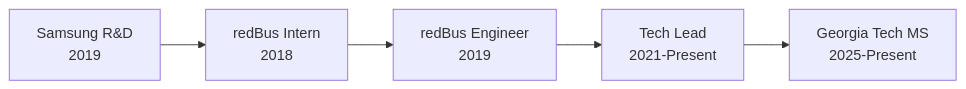
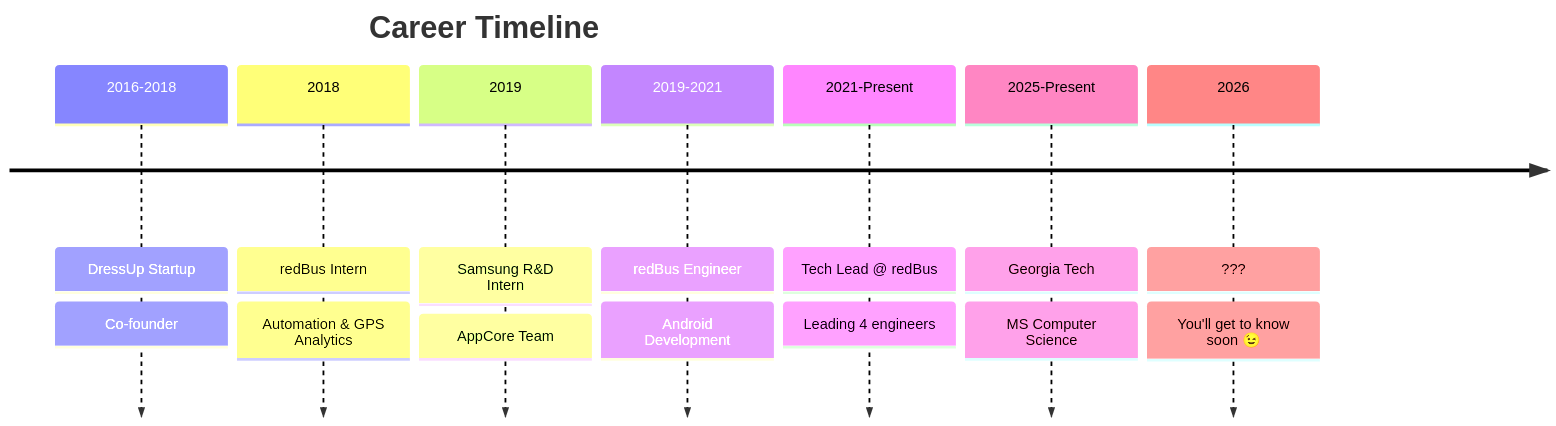
The diagram in README.md (ayush016/ayush016), drawn with Mermaid before and after one commit. The commit also changed other lines of this file, not shown here.

Commit message:
Fix timeline order, add DressUp startup, add 2026 mystery, fix GitHub stats images

````diff
--- a/README.md
+++ b/README.md
@@ -193,7 +193,18 @@
 ```mermaid
-graph LR
-    A[Samsung R&D<br/>2019] --> B[redBus Intern<br/>2018]
-    B --> C[redBus Engineer<br/>2019]
-    C --> D[Tech Lead<br/>2021-Present]
-    D --> E[Georgia Tech MS<br/>2025-Present]
+timeline
+    title Career Timeline
+    2016-2018 : DressUp Startup
+              : Co-founder
+    2018 : redBus Intern
+         : Automation & GPS Analytics
+    2019 : Samsung R&D Intern
+         : AppCore Team
+    2019-2021 : redBus Engineer
+              : Android Development
+    2021-Present : Tech Lead @ redBus
+                 : Leading 4 engineers
+    2025-Present : Georgia Tech
+                 : MS Computer Science
+    2026 : ???
+         : You'll get to know soon 😉
 ```
````
